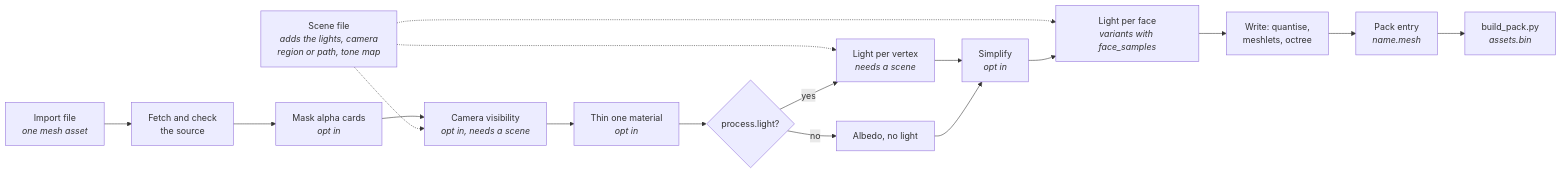
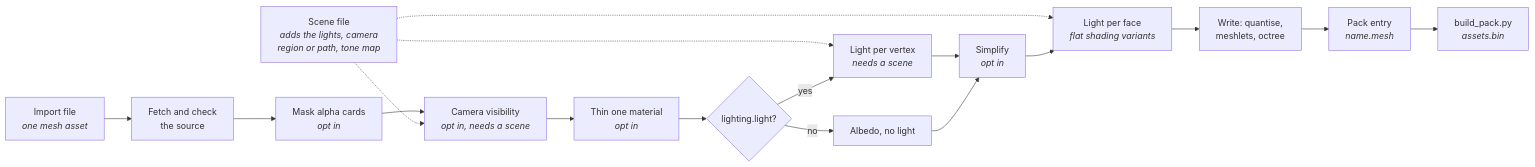
One commit to jose-villegas/autana changed the first of 4 diagrams in docs/render/Mesh-Import.md. Above: the diagram before and after it, drawn with Mermaid. The commit also changed other lines of this file and 3 other files, not shown here.

````diff
--- a/docs/render/Mesh-Import.md
+++ b/docs/render/Mesh-Import.md
@@ -7,19 +7,19 @@
 ```mermaid
 flowchart LR
     Import["Import file<br/><i>one mesh asset</i>"] --> Fetch["Fetch and check<br/>the source"]
     Fetch --> Mask["Mask alpha cards<br/><i>opt in</i>"]
     Mask --> Vis["Camera visibility<br/><i>opt in, needs a scene</i>"]
     Vis --> Thin["Thin one material<br/><i>opt in</i>"]
-    Thin --> Colour{"process.light?"}
+    Thin --> Colour{"lighting.light?"}
     Scene["Scene file<br/><i>adds the lights, camera<br/>region or path, tone map</i>"] -.-> Vis
     Scene -.-> Lit
     Scene -.-> Face
     Colour -- yes --> Lit["Light per vertex<br/><i>needs a scene</i>"]
     Colour -- no --> Albedo["Albedo, no light"]
     Lit --> Simp["Simplify<br/><i>opt in</i>"]
     Albedo --> Simp
-    Simp --> Face["Light per face<br/><i>variants with face_samples</i>"]
+    Simp --> Face["Light per face<br/><i>flat shading variants</i>"]
     Face --> Write["Write: quantise,<br/>meshlets, octree"]
     Write --> Entry["Pack entry<br/><i>name.mesh</i>"]
     Entry --> Pack["build_pack.py<br/><i>assets.bin</i>"]
 ```
````
